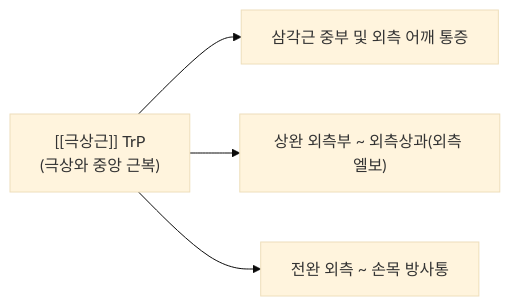
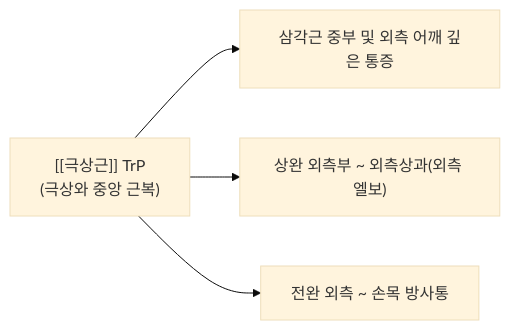
The second of 2 diagrams in content/1. 근골격계 공부/근육/(4) 어깨/극상근.md (simbio11/simbio-digital-garden2), drawn with Mermaid (base theme) before and after one commit. The commit also changed other lines of this file and 487 other files, not shown here.

````diff
--- a/content/1. 근골격계 공부/근육/(4) 어깨/극상근.md
+++ b/content/1. 근골격계 공부/근육/(4) 어깨/극상근.md
@@ -60,6 +67,7 @@
 ```mermaid
 flowchart LR
-    TP["[[극상근]] TrP\n(극상와 중앙 근복)"] --> Zone1["삼각근 중부 및 외측 어깨 통증"]
+    TP["[[극상근]] TrP
+(극상와 중앙 근복)"] --> Zone1["삼각근 중부 및 외측 어깨 깊은 통증"]
     TP --> Zone2["상완 외측부 ~ 외측상과(외측 엘보)"]
     TP --> Zone3["전완 외측 ~ 손목 방사통"]
 ```
````
